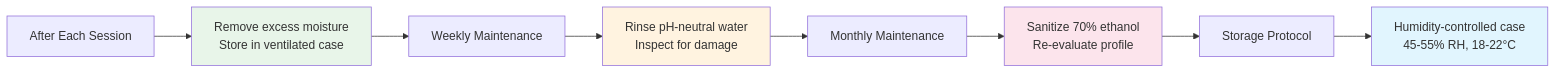
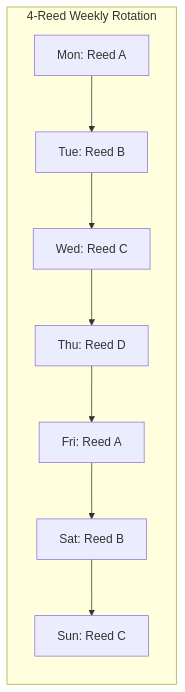
Before and after one commit to blebleblee/synapse: the second of 3 diagrams in topics/arts/music_performance/woodwinds/lesson_02_reed_care_and_maintenance.md, drawn with Mermaid. The commit also changed other lines of this file and 4 other files, not shown here.

````diff
--- a/topics/arts/music_performance/woodwinds/lesson_02_reed_care_and_maintenance.md
+++ b/topics/arts/music_performance/woodwinds/lesson_02_reed_care_and_maintenance.md
@@ -289,21 +102,13 @@
 ```mermaid
 graph LR
-    A["After Each Session"]
-    B["Remove excess moisture<br/>Store in ventilated case"]
-    C["Weekly Maintenance"]
-    D["Rinse pH-neutral water<br/>Inspect for damage"]
-    E["Monthly Maintenance"]
-    F["Sanitize 70% ethanol<br/>Re-evaluate profile"]
-    G["Storage Protocol"]
-    H["Humidity-controlled case<br/>45-55% RH, 18-22°C"]
-    
-    A --> B --> C
-    C --> D --> E
-    E --> F --> G
-    G --> H
-    
-    style B fill:#e8f5e9
-    style D fill:#fff3e0
-    style F fill:#fce4ec
-    style H fill:#e1f5fe
+    subgraph sub_rotation ["4-Reed Weekly Rotation"]
+        M["Mon: Reed A"]
+        T["Tue: Reed B"]
+        W["Wed: Reed C"]
+        Th["Thu: Reed D"]
+        F["Fri: Reed A"]
+        Sa["Sat: Reed B"]
+        Su["Sun: Reed C"]
+    end
+    M --> T --> W --> Th --> F --> Sa --> Su
 ```
````
